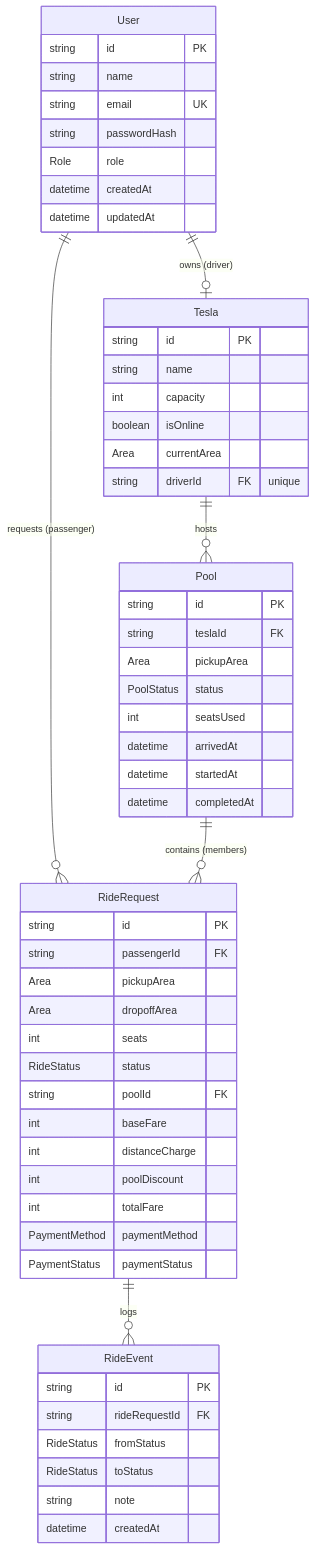
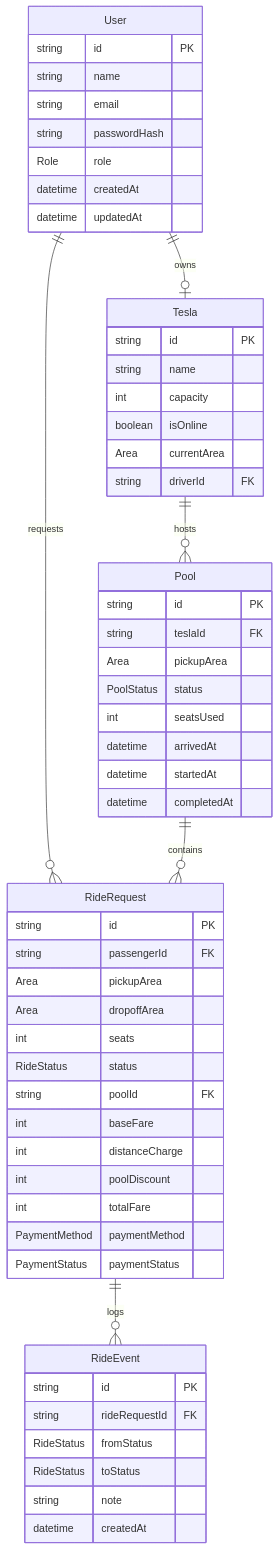
The second of 2 diagrams in README.md (ShanaxWorld/dhaka-tesla-pool), drawn with Mermaid before and after one commit. The commit also changed other lines of this file, not shown here.

Commit message:
docs(readme): fix mermaid syntax so diagrams render on github

````diff
--- a/README.md
+++ b/README.md
@@ -74,59 +74,59 @@
 ```mermaid
 erDiagram
-    User ||--o| Tesla : "owns (driver)"
-    User ||--o{ RideRequest : "requests (passenger)"
+    User ||--o| Tesla : owns
+    User ||--o{ RideRequest : requests
     Tesla ||--o{ Pool : hosts
-    Pool ||--o{ RideRequest : "contains (members)"
+    Pool ||--o{ RideRequest : contains
     RideRequest ||--o{ RideEvent : logs
 
     User {
         string id PK
         string name
-        string email UK
+        string email
         string passwordHash
         Role role
         datetime createdAt
         datetime updatedAt
     }
     Tesla {
         string id PK
         string name
         int capacity
         boolean isOnline
         Area currentArea
-        string driverId FK "unique"
+        string driverId FK
     }
     Pool {
         string id PK
         string teslaId FK
         Area pickupArea
         PoolStatus status
         int seatsUsed
         datetime arrivedAt
         datetime startedAt
         datetime completedAt
     }
     RideRequest {
         string id PK
         string passengerId FK
         Area pickupArea
         Area dropoffArea
         int seats
         RideStatus status
         string poolId FK
         int baseFare
         int distanceCharge
         int poolDiscount
         int totalFare
         PaymentMethod paymentMethod
         PaymentStatus paymentStatus
     }
     RideEvent {
         string id PK
         string rideRequestId FK
         RideStatus fromStatus
         RideStatus toStatus
         string note
         datetime createdAt
     }
 ```
````
